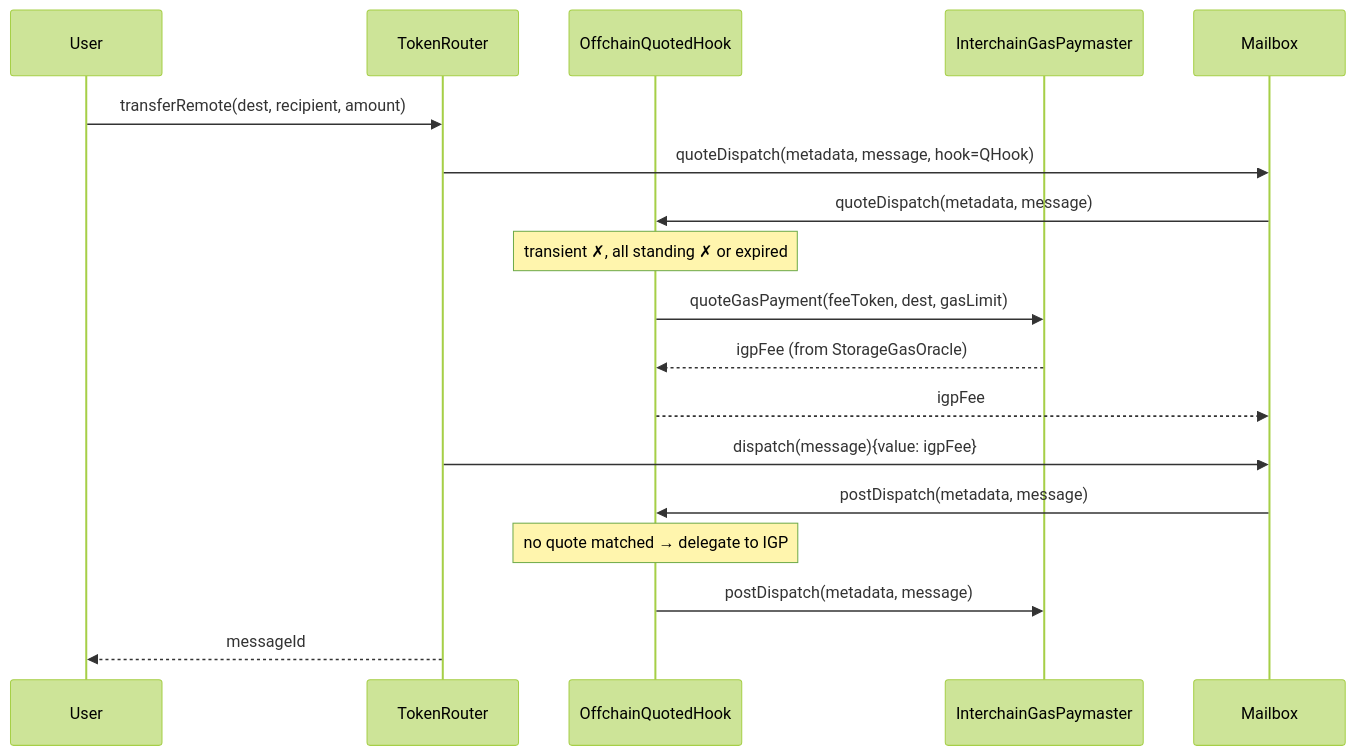
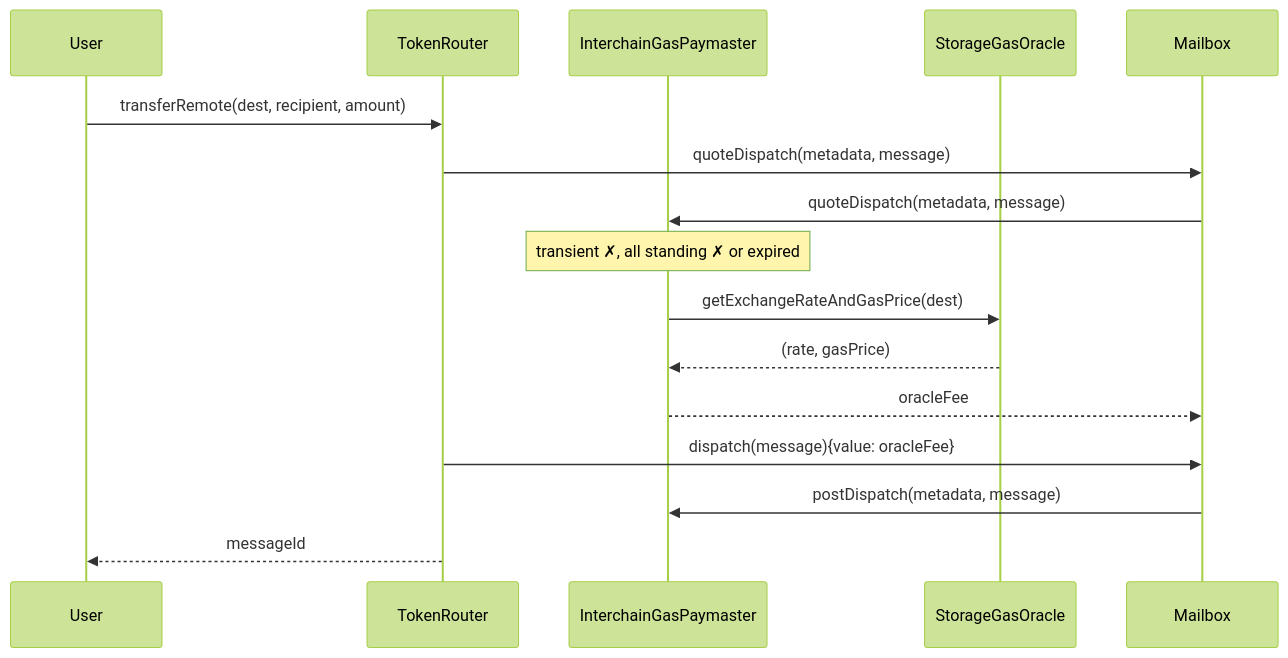
The fourth of 4 diagrams in docs/offchain-fee-quoting.md (fujijin/hyperlane-monorepo), drawn with Mermaid (forest theme) before and after one commit. The commit also changed other lines of this file and 6 other files, not shown here.

First line of the commit message:
feat(solidity): implement offchain fee quoting for IGP and warp routes

````diff
--- a/docs/offchain-fee-quoting.md
+++ b/docs/offchain-fee-quoting.md
@@ -461,24 +279,22 @@
 ```mermaid
 sequenceDiagram
     participant User
     participant WarpRoute as TokenRouter
-    participant QHook as OffchainQuotedHook
     participant IGP as InterchainGasPaymaster
+    participant Oracle as StorageGasOracle
     participant Mailbox
 
     User->>WarpRoute: transferRemote(dest, recipient, amount)
 
-    WarpRoute->>Mailbox: quoteDispatch(metadata, message, hook=QHook)
-    Mailbox->>QHook: quoteDispatch(metadata, message)
-    Note over QHook: transient ✗, all standing ✗ or expired
-    QHook->>IGP: quoteGasPayment(feeToken, dest, gasLimit)
-    IGP-->>QHook: igpFee (from StorageGasOracle)
-    QHook-->>Mailbox: igpFee
+    WarpRoute->>Mailbox: quoteDispatch(metadata, message)
+    Mailbox->>IGP: quoteDispatch(metadata, message)
+    Note over IGP: transient ✗, all standing ✗ or expired
+    IGP->>Oracle: getExchangeRateAndGasPrice(dest)
+    Oracle-->>IGP: (rate, gasPrice)
+    IGP-->>Mailbox: oracleFee
 
-    WarpRoute->>Mailbox: dispatch(message){value: igpFee}
-    Mailbox->>QHook: postDispatch(metadata, message)
-    Note over QHook: no quote matched → delegate to IGP
-    QHook->>IGP: postDispatch(metadata, message)
+    WarpRoute->>Mailbox: dispatch(message){value: oracleFee}
+    Mailbox->>IGP: postDispatch(metadata, message)
 
     WarpRoute-->>User: messageId
 ```
````
